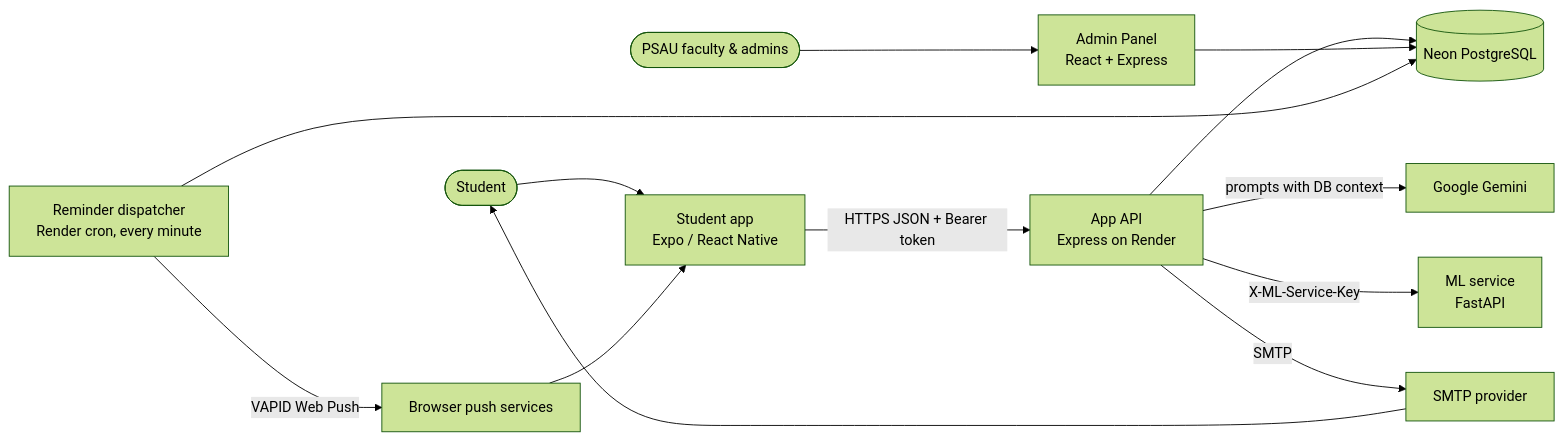
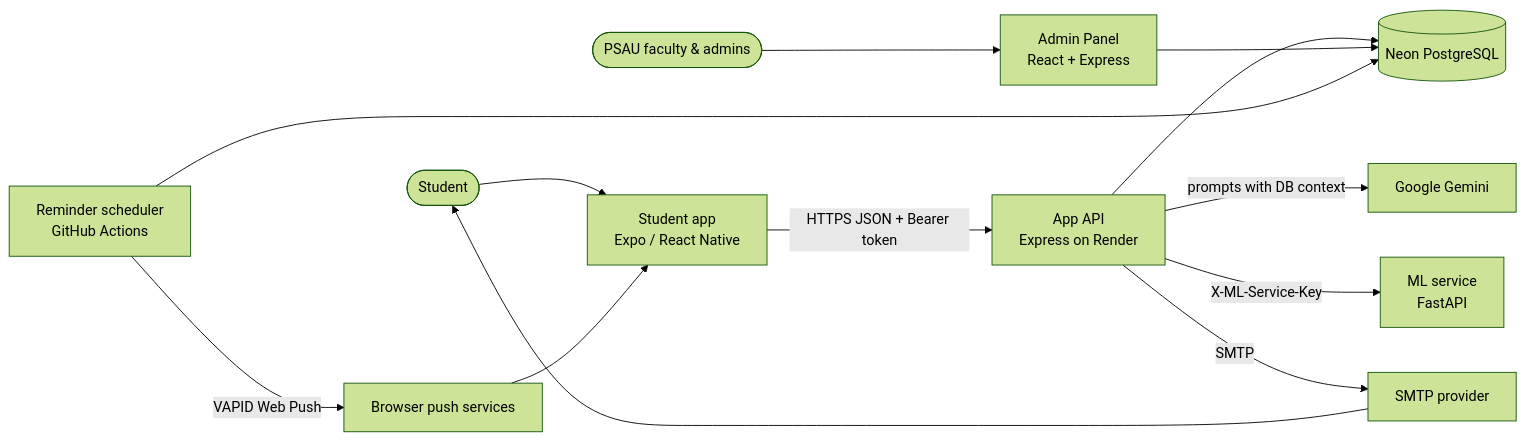
Before and after one commit to nathecruz/Capstone-Project: the first of 9 diagrams in ARCHITECTURE.md, drawn with Mermaid (forest theme). The commit also changed other lines of this file and 9 other files, not shown here.

First line of the commit message:
Send Web Push reminders from a free GitHub Actions scheduler

````diff
--- a/ARCHITECTURE.md
+++ b/ARCHITECTURE.md
@@ -19,16 +19,16 @@
 ```mermaid
 flowchart LR
   student([Student]) --> app[Student app<br/>Expo / React Native]
   staff([PSAU faculty & admins]) --> admin[Admin Panel<br/>React + Express]
 
   app -- HTTPS JSON + Bearer token --> api[App API<br/>Express on Render]
   api --> db[(Neon PostgreSQL)]
   admin --> db
   api -- prompts with DB context --> gemini[Google Gemini]
   api -- X-ML-Service-Key --> ml[ML service<br/>FastAPI]
   api -- SMTP --> mail[SMTP provider]
-  cron[Reminder dispatcher<br/>Render cron, every minute] --> db
+  cron[Reminder scheduler<br/>GitHub Actions] --> db
   cron -- VAPID Web Push --> push[Browser push services]
   push --> app
   mail --> student
 ```
````
